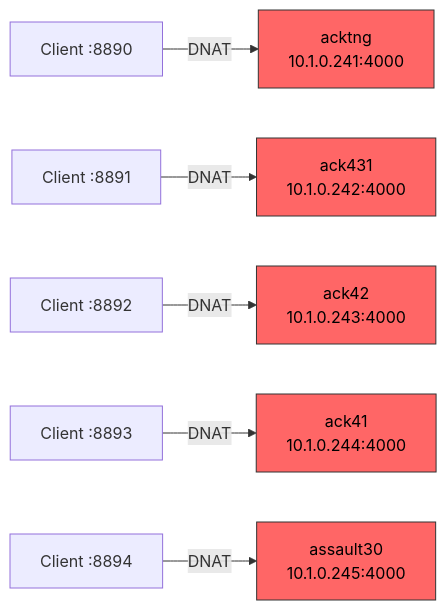
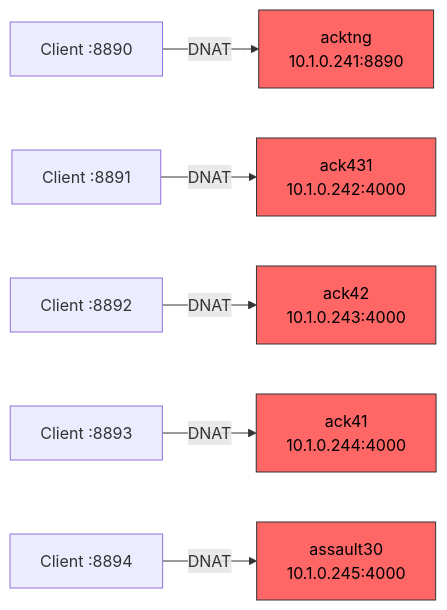
Before and after one commit to JBailes/infrastructure: the second of 3 diagrams in homelab/ack/diagrams.md, drawn with Mermaid. The commit also changed other lines of this file and 4 other files, not shown here.

````diff
--- a/homelab/ack/diagrams.md
+++ b/homelab/ack/diagrams.md
@@ -101,14 +101,14 @@
 ```mermaid
 graph LR
-    C1["Client :8890"] -->|DNAT| TNG["acktng<br/>10.1.0.241:4000"]
+    C1["Client :8890"] -->|DNAT| TNG["acktng<br/>10.1.0.241:8890"]
     C2["Client :8891"] -->|DNAT| V431["ack431<br/>10.1.0.242:4000"]
     C3["Client :8892"] -->|DNAT| V42["ack42<br/>10.1.0.243:4000"]
     C4["Client :8893"] -->|DNAT| V41["ack41<br/>10.1.0.244:4000"]
     C5["Client :8894"] -->|DNAT| ASS["assault30<br/>10.1.0.245:4000"]
 
     style TNG fill:#f66,stroke:#333,color:#000
     style V431 fill:#f66,stroke:#333,color:#000
     style V42 fill:#f66,stroke:#333,color:#000
     style V41 fill:#f66,stroke:#333,color:#000
     style ASS fill:#f66,stroke:#333,color:#000
 ```
````
